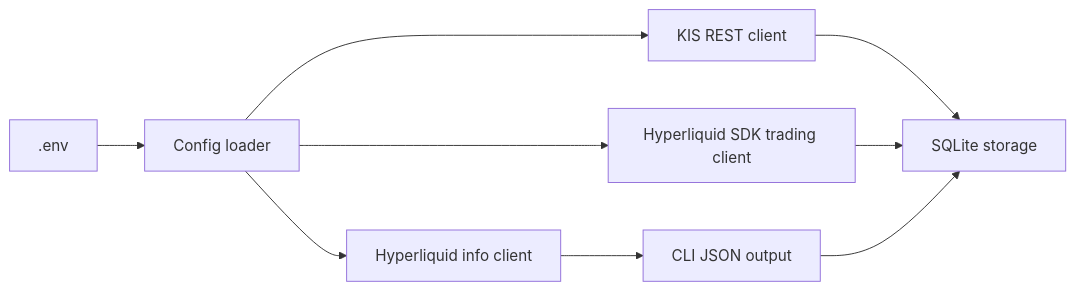
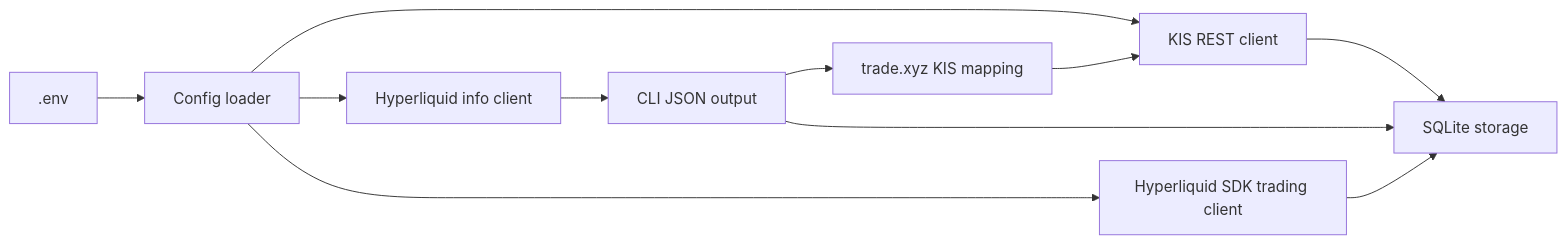
One commit to hwanjjang/kis-hl-trading-system changed the diagram in docs/architecture.md. Above: the diagram before and after it, drawn with Mermaid. The commit also changed other lines of this file and 9 other files, not shown here.

Commit message:
Add KIS mappings for trade xyz assets

````diff
--- a/docs/architecture.md
+++ b/docs/architecture.md
@@ -30,11 +32,13 @@
 ```mermaid
 flowchart LR
   Env[".env"] --> Config["Config loader"]
   Config --> KIS["KIS REST client"]
   Config --> HLInfo["Hyperliquid info client"]
   Config --> HLTrade["Hyperliquid SDK trading client"]
   KIS --> SQLite["SQLite storage"]
   HLInfo --> CLI["CLI JSON output"]
   HLTrade --> SQLite
+  CLI --> KISMap["trade.xyz KIS mapping"]
+  KISMap --> KIS
   CLI --> SQLite
 ```
````
